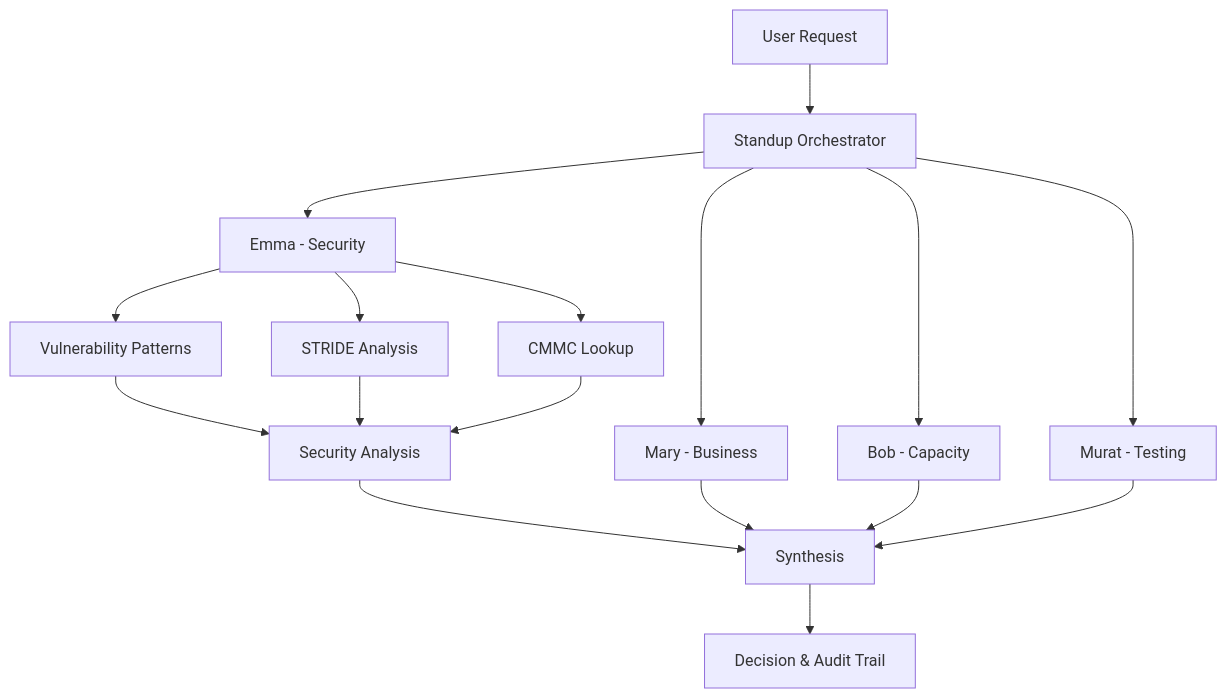
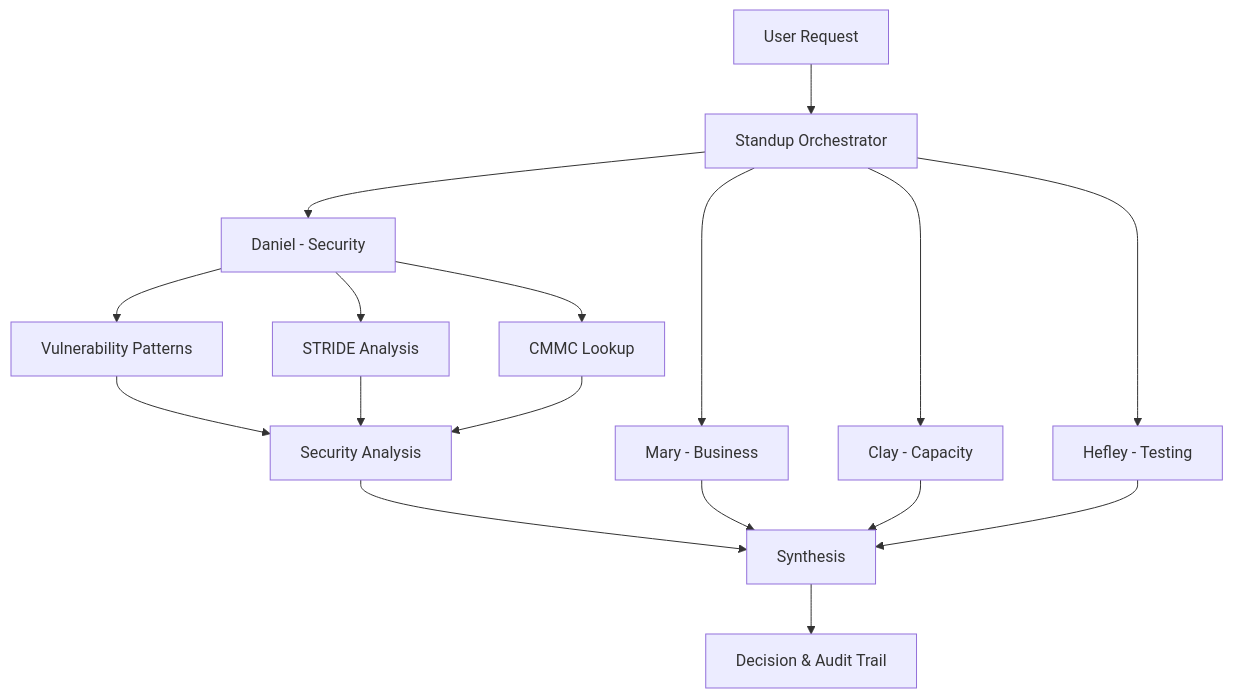
One commit to banjoey/FORGE changed the diagram in NEXT-SESSION.md. Above: the diagram before and after it, drawn with Mermaid. The commit also changed other lines of this file and 60 other files, not shown here.

````diff
--- a/NEXT-SESSION.md
+++ b/NEXT-SESSION.md
@@ -159,19 +159,19 @@
 ```mermaid
 graph TD
     A[User Request] --> B[Standup Orchestrator]
-    B --> C[Emma - Security]
+    B --> C[Daniel - Security]
     B --> D[Mary - Business]
-    B --> E[Bob - Capacity]
-    B --> F[Murat - Testing]
+    B --> E[Clay - Capacity]
+    B --> F[Hefley - Testing]
     C --> G[Vulnerability Patterns]
     C --> H[STRIDE Analysis]
     C --> I[CMMC Lookup]
     G --> J[Security Analysis]
     H --> J
     I --> J
     J --> K[Synthesis]
     D --> K
     E --> K
     F --> K
     K --> L[Decision & Audit Trail]
 ```
````
